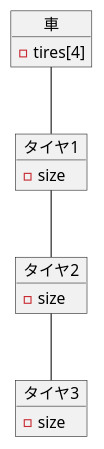
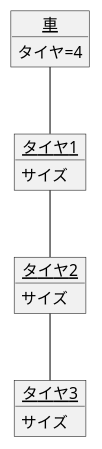
One commit to sotawfd/testuml changed the diagram in 演習3-4_オブジェクト図.pu. Above: the diagram before and after it, drawn with PlantUML. The commit also changed 18 other files, not shown here.

```diff
--- a/演習3-4_オブジェクト図.pu
+++ b/演習3-4_オブジェクト図.pu
@@ -1,19 +1,19 @@
 @startuml 演習3-4_オブジェクト図
 ' left to right direction
-object "車" as car {
-- tires[4]
+object "<u>車</u>" as car {
+タイヤ=4
 }
-object "タイヤ1" as taire1 {
-- size
+object "<u>タイヤ1</u>" as taire1 {
+サイズ
 }
-object "タイヤ2" as taire2 {
-- size
+object "<u>タイヤ2</u>" as taire2 {
+サイズ
 }
-object "タイヤ3" as taire3 {
-- size
+object "<u>タイヤ3</u>" as taire3 {
+サイズ
 }
 car  -- taire1
 taire1 -- taire2
 taire2 -- taire3
 
 @enduml
```
